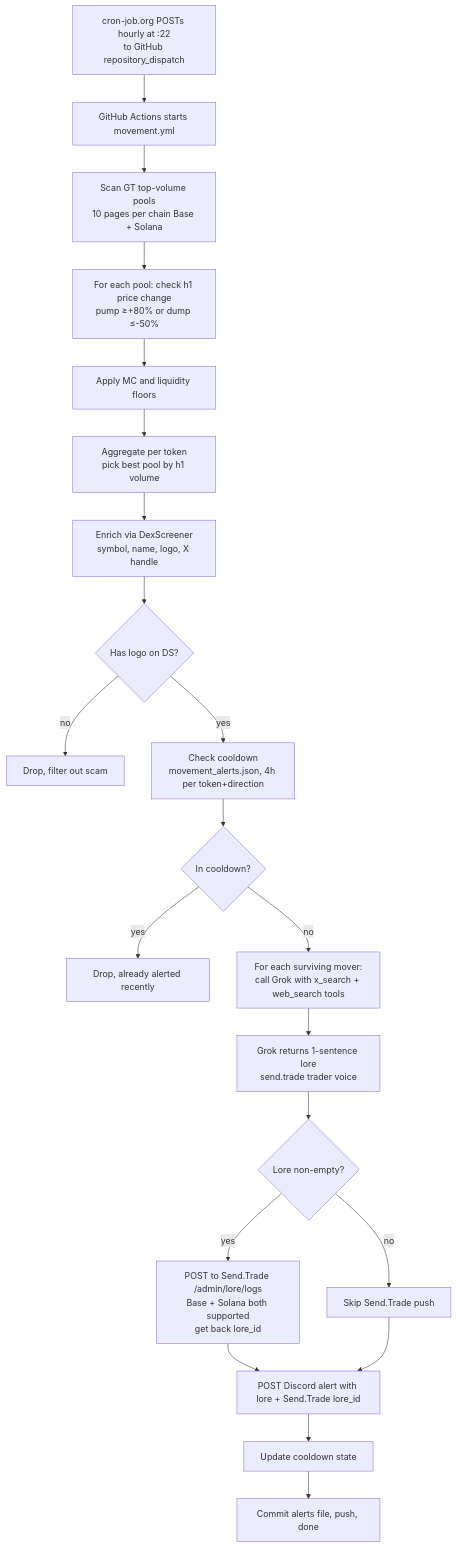
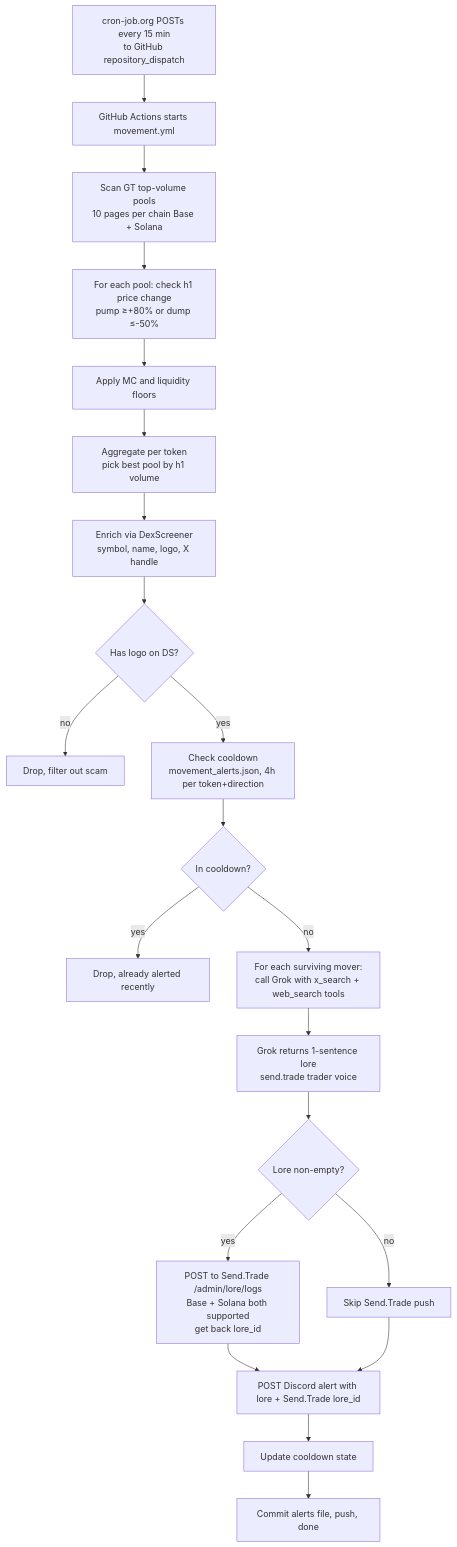
Before and after one commit to beawesomelee/send-trade-monitor: the second of 2 diagrams in README.md, drawn with Mermaid. The commit also changed other lines of this file and 1 other file, not shown here.

First line of the commit message:
Movement scan every 15 min; document rolling-h1 sampling

````diff
--- a/README.md
+++ b/README.md
@@ -47,23 +47,23 @@
 ```mermaid
 flowchart TD
-    A[cron-job.org POSTs hourly at :22<br/>to GitHub repository_dispatch] --> B[GitHub Actions starts movement.yml]
+    A[cron-job.org POSTs every 15 min<br/>to GitHub repository_dispatch] --> B[GitHub Actions starts movement.yml]
     B --> C[Scan GT top-volume pools<br/>10 pages per chain Base + Solana]
     C --> D[For each pool: check h1 price change<br/>pump &ge;+80% or dump &le;-50%]
     D --> E[Apply MC and liquidity floors]
     E --> F[Aggregate per token<br/>pick best pool by h1 volume]
     F --> G[Enrich via DexScreener<br/>symbol, name, logo, X handle]
     G --> H{Has logo on DS?}
     H -->|no| Z1[Drop, filter out scam]
     H -->|yes| I[Check cooldown<br/>movement_alerts.json, 4h per token+direction]
     I --> J{In cooldown?}
     J -->|yes| Z2[Drop, already alerted recently]
     J -->|no| K[For each surviving mover:<br/>call Grok with x_search + web_search tools]
     K --> L[Grok returns 1-sentence lore<br/>send.trade trader voice]
     L --> M{Lore non-empty?}
     M -->|yes| N[POST to Send.Trade /admin/lore/logs<br/>Base + Solana both supported<br/>get back lore_id]
     M -->|no| O[Skip Send.Trade push]
     N --> P[POST Discord alert with lore + Send.Trade lore_id]
     O --> P
     P --> Q[Update cooldown state]
     Q --> R[Commit alerts file, push, done]
 ```
````
